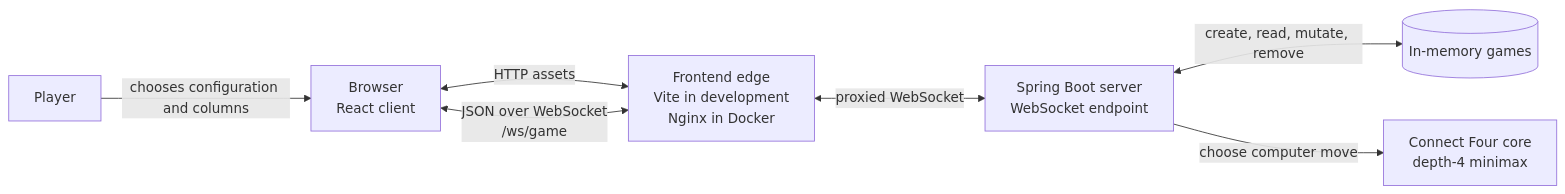
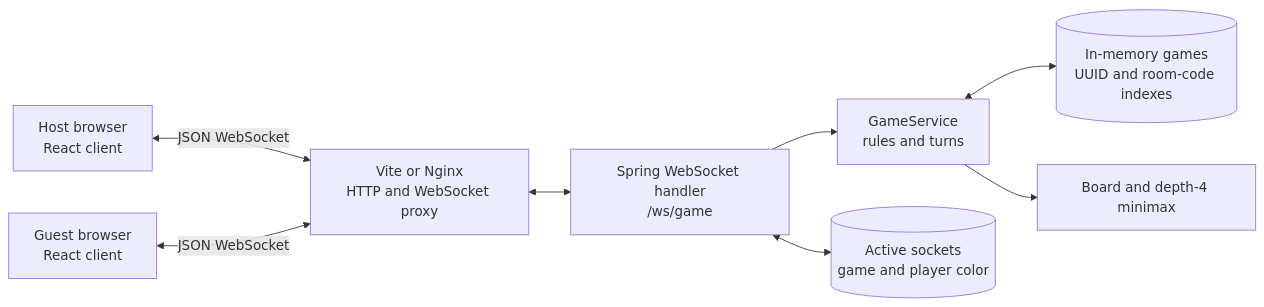
Before and after one commit to blam135/Connect-4-Game: the first of 4 diagrams in docs/architecture.md, drawn with Mermaid. The commit also changed other lines of this file and 36 other files, not shown here.

````diff
--- a/docs/architecture.md
+++ b/docs/architecture.md
@@ -15,16 +17,19 @@
 ```mermaid
 flowchart LR
-    Player["Player"]
-    Browser["Browser<br/>React client"]
-    Edge["Frontend edge<br/>Vite in development<br/>Nginx in Docker"]
-    Server["Spring Boot server<br/>WebSocket endpoint"]
-    Memory[("In-memory games")]
-    AI["Connect Four core<br/>depth-4 minimax"]
+    Host["Host browser<br/>React client"]
+    Guest["Guest browser<br/>React client"]
+    Edge["Vite or Nginx<br/>HTTP and WebSocket proxy"]
+    Handler["Spring WebSocket handler<br/>/ws/game"]
+    Service["GameService<br/>rules and turns"]
+    Games[("In-memory games<br/>UUID and room-code indexes")]
+    Connections[("Active sockets<br/>game and player color")]
+    AI["Board and depth-4 minimax"]
 
-    Player -->|"chooses configuration and columns"| Browser
-    Browser <-->|"HTTP assets"| Edge
-    Browser <-->|"JSON over WebSocket<br/>/ws/game"| Edge
-    Edge <-->|"proxied WebSocket"| Server
-    Server <-->|"create, read, mutate, remove"| Memory
-    Server -->|"choose computer move"| AI
+    Host <-->|"JSON WebSocket"| Edge
+    Guest <-->|"JSON WebSocket"| Edge
+    Edge <--> Handler
+    Handler <--> Connections
+    Handler --> Service
+    Service <--> Games
+    Service --> AI
 ```
````
